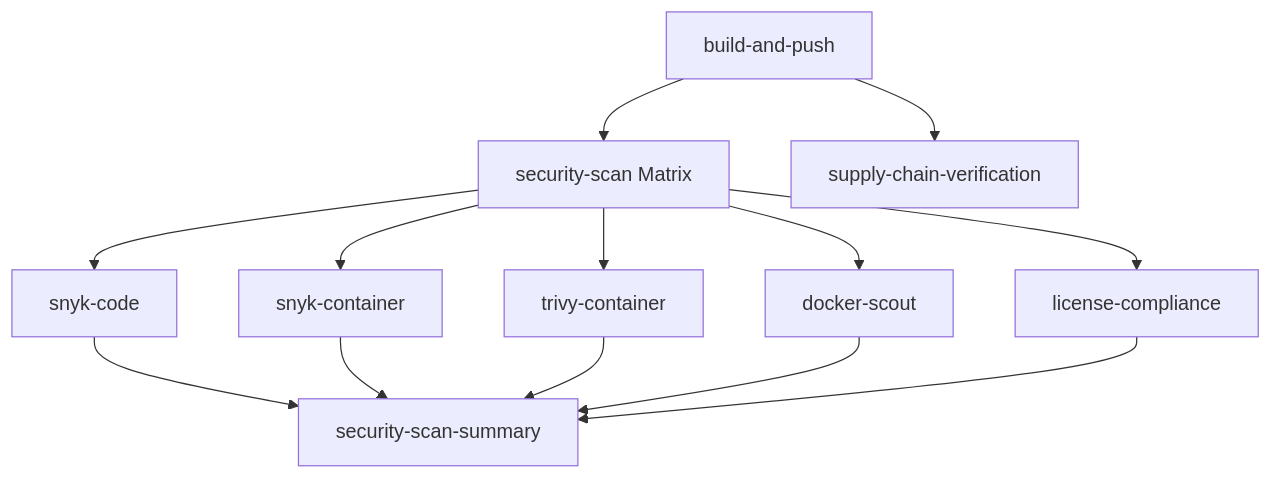
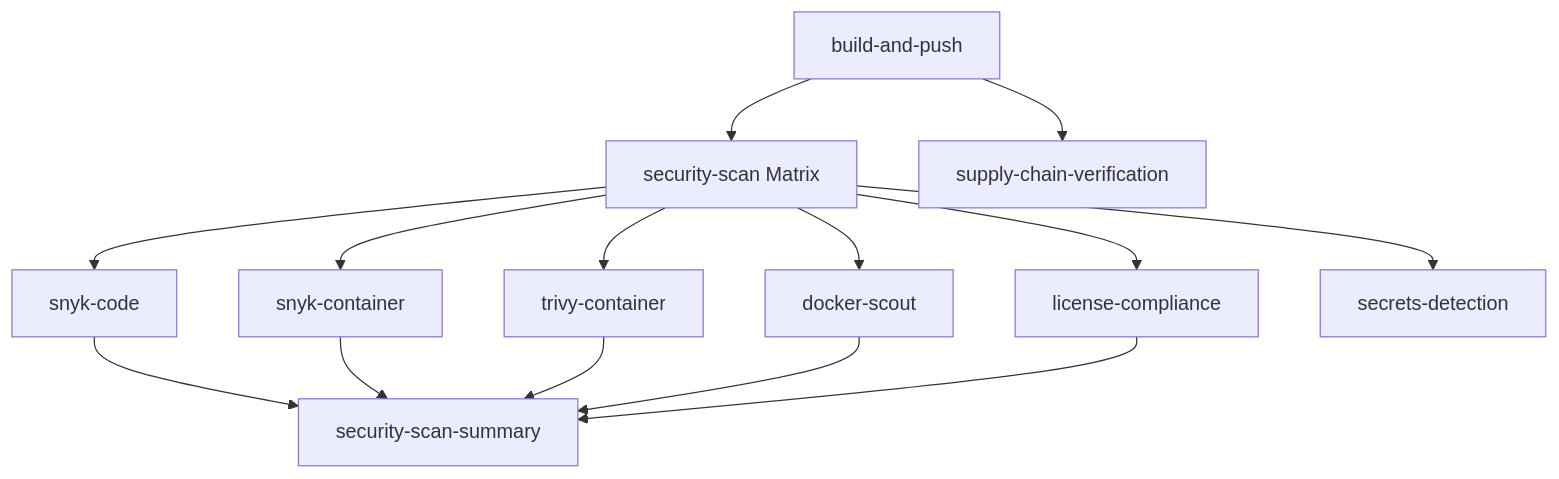
One commit to zx8086/authentication-v2 changed the diagram in docs/security/PARALLEL-SECURITY-SCANNING.md. Above: the diagram before and after it, drawn with Mermaid. The commit also changed other lines of this file and 52 other files, not shown here.

````diff
--- a/docs/security/PARALLEL-SECURITY-SCANNING.md
+++ b/docs/security/PARALLEL-SECURITY-SCANNING.md
@@ -93,15 +100,16 @@
 ```mermaid
 graph TD
     A[build-and-push] --> B[security-scan Matrix]
     B --> B1[snyk-code]
     B --> B2[snyk-container]
     B --> B3[trivy-container]
     B --> B4[docker-scout]
     B --> B5[license-compliance]
+    B --> B6[secrets-detection]
     B1 --> C[security-scan-summary]
     B2 --> C
     B3 --> C
     B4 --> C
     B5 --> C
     A --> D[supply-chain-verification]
 ```
````
